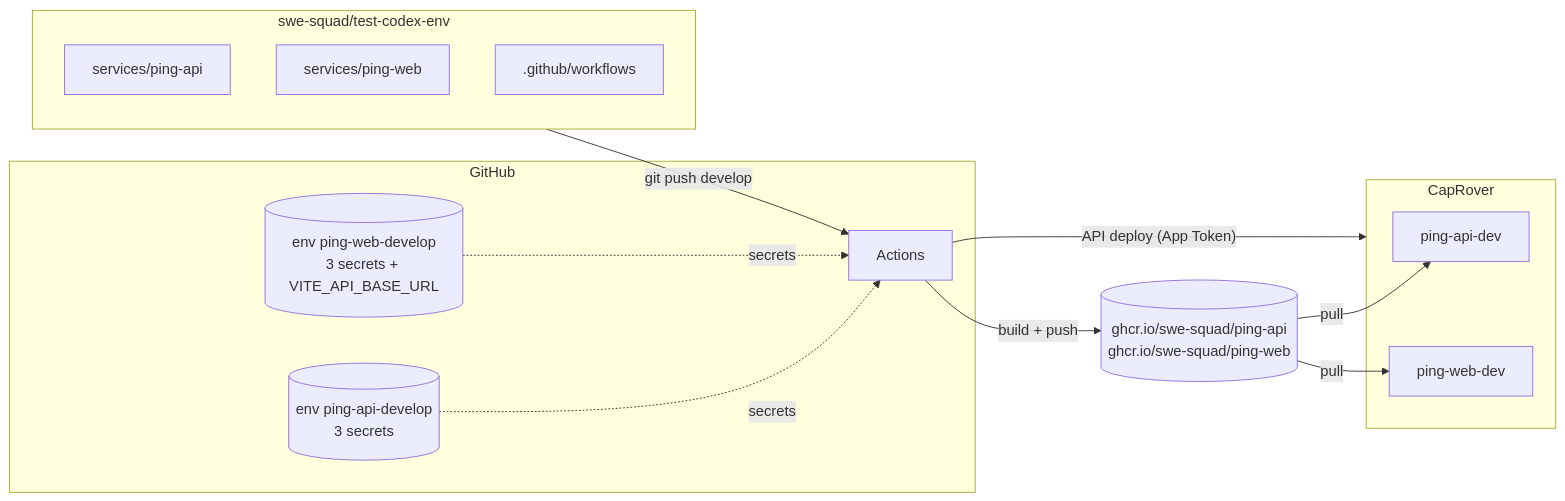
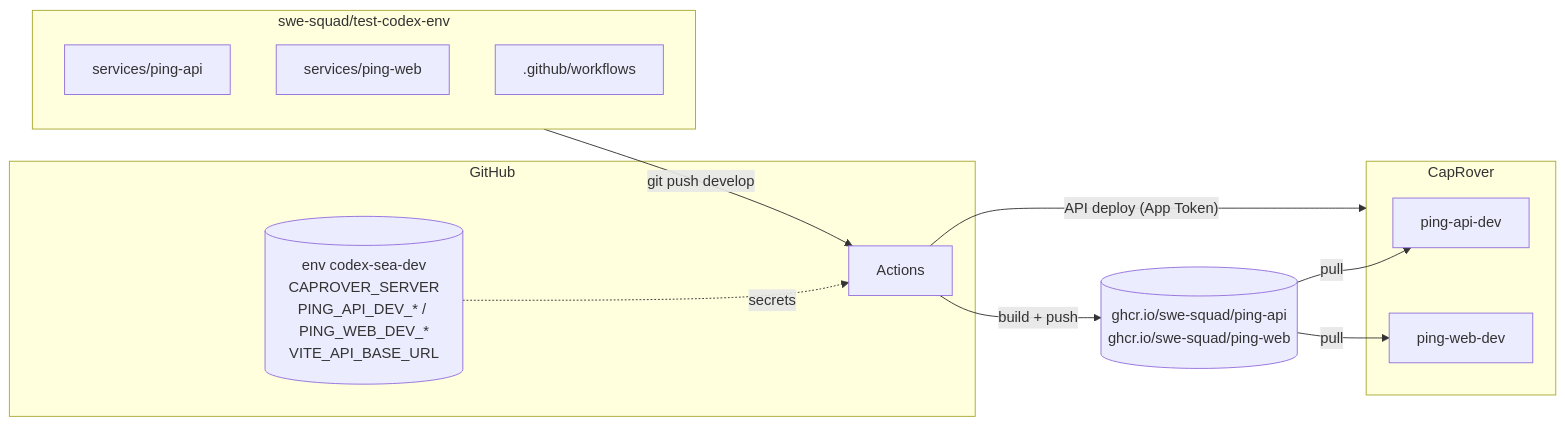
Before and after one commit to swe-squad/test-codex-env: the first of 3 diagrams in docs/deploy-flow.md, drawn with Mermaid. The commit also changed other lines of this file and 6 other files, not shown here.

````diff
--- a/docs/deploy-flow.md
+++ b/docs/deploy-flow.md
@@ -36,26 +36,24 @@
 ```mermaid
 flowchart LR
     subgraph REPO["swe-squad/test-codex-env"]
         S1[services/ping-api]
         S2[services/ping-web]
         WF[.github/workflows]
     end
     subgraph GH["GitHub"]
         GA[Actions]
-        E1[(env ping-api-develop<br/>3 secrets)]
-        E2[(env ping-web-develop<br/>3 secrets + VITE_API_BASE_URL)]
+        E1[(env codex-sea-dev<br/>CAPROVER_SERVER<br/>PING_API_DEV_* / PING_WEB_DEV_*<br/>VITE_API_BASE_URL)]
     end
     GHCR[(ghcr.io/swe-squad/ping-api<br/>ghcr.io/swe-squad/ping-web)]
     subgraph CR["CapRover"]
         A1[ping-api-dev]
         A2[ping-web-dev]
     end
 
     REPO -- git push develop --> GA
     E1 -. secrets .-> GA
-    E2 -. secrets .-> GA
     GA -- build + push --> GHCR
     GA -- "API deploy (App Token)" --> CR
     GHCR -- pull --> A1
     GHCR -- pull --> A2
 ```
````
